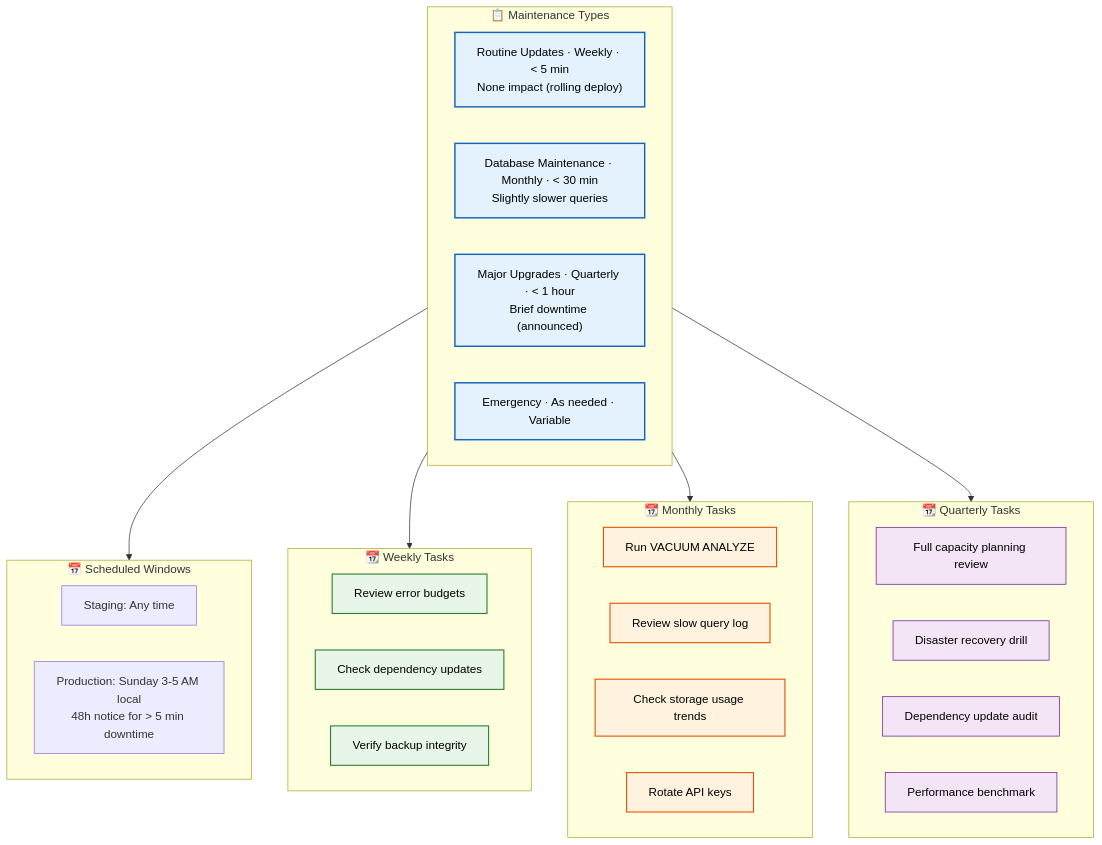
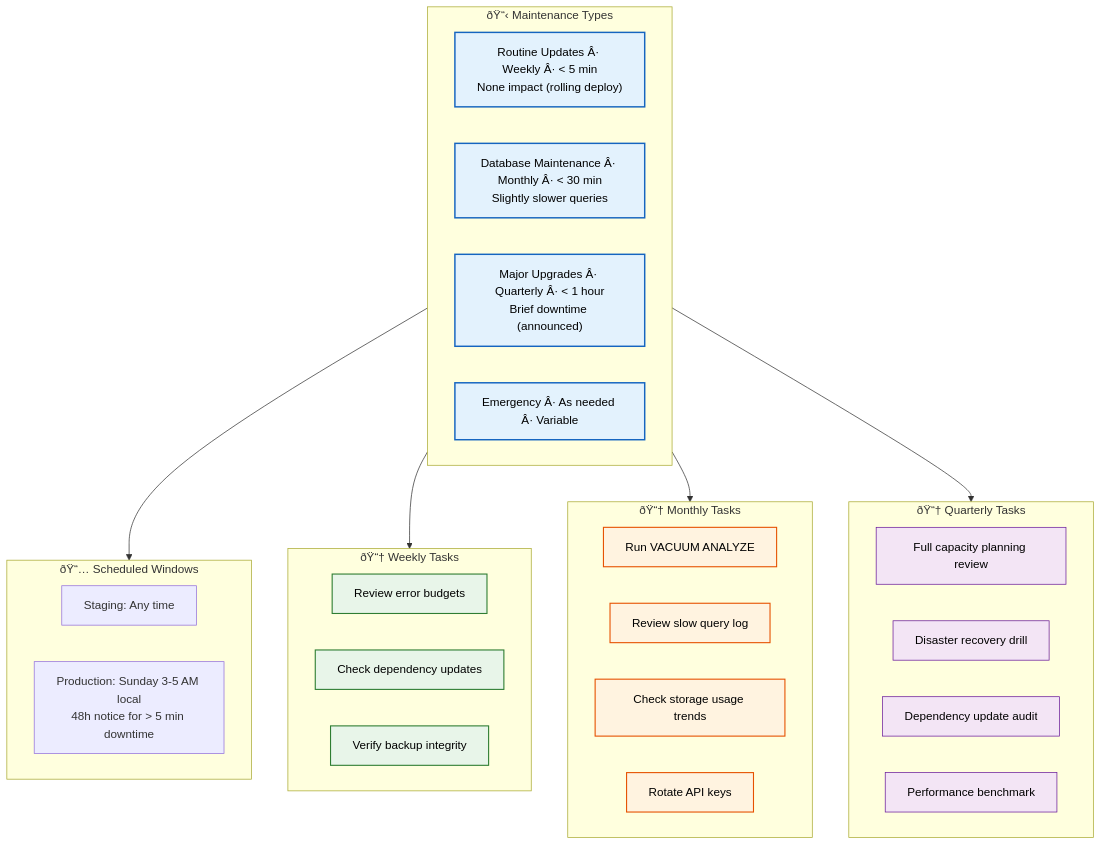
One commit to Driftloom/Vaeloom changed the diagram in Docs/Operations/Maintenance.md. Above: the diagram before and after it, drawn with Mermaid. The commit also changed other lines of this file and 249 other files, not shown here.

````diff
--- a/Docs/Operations/Maintenance.md
+++ b/Docs/Operations/Maintenance.md
@@ -8,48 +8,48 @@
 ```mermaid
 graph TD
     classDef type fill:#e3f2fd,stroke:#1565c0,color:#000,stroke-width:2px
     classDef weekly fill:#e8f5e9,stroke:#2e7d32,color:#000,stroke-width:1.5px
     classDef monthly fill:#fff3e0,stroke:#e65100,color:#000,stroke-width:1.5px
     classDef quarterly fill:#f3e5f5,stroke:#6a1b9a,color:#000,stroke-width:1px
 
-    subgraph Types["📋 Maintenance Types"]
-        T1["Routine Updates · Weekly · < 5 min<br/>None impact (rolling deploy)"]
-        T2["Database Maintenance · Monthly · < 30 min<br/>Slightly slower queries"]
-        T3["Major Upgrades · Quarterly · < 1 hour<br/>Brief downtime (announced)"]
-        T4["Emergency · As needed · Variable"]
+    subgraph Types["ðŸ“‹ Maintenance Types"]
+        T1["Routine Updates Â· Weekly Â· < 5 min<br/>None impact (rolling deploy)"]
+        T2["Database Maintenance Â· Monthly Â· < 30 min<br/>Slightly slower queries"]
+        T3["Major Upgrades Â· Quarterly Â· < 1 hour<br/>Brief downtime (announced)"]
+        T4["Emergency Â· As needed Â· Variable"]
     end
 
-    subgraph Windows["📅 Scheduled Windows"]
+    subgraph Windows["ðŸ“… Scheduled Windows"]
         W1["Staging: Any time"]
         W2["Production: Sunday 3-5 AM local<br/>48h notice for > 5 min downtime"]
     end
 
-    subgraph Weekly["📆 Weekly Tasks"]
+    subgraph Weekly["ðŸ“† Weekly Tasks"]
         WK1["Review error budgets"]
         WK2["Check dependency updates"]
         WK3["Verify backup integrity"]
     end
 
-    subgraph Monthly["📆 Monthly Tasks"]
+    subgraph Monthly["ðŸ“† Monthly Tasks"]
         MO1["Run VACUUM ANALYZE"]
         MO2["Review slow query log"]
         MO3["Check storage usage trends"]
         MO4["Rotate API keys"]
     end
 
-    subgraph Quarterly["📆 Quarterly Tasks"]
+    subgraph Quarterly["ðŸ“† Quarterly Tasks"]
         Q1["Full capacity planning review"]
         Q2["Disaster recovery drill"]
         Q3["Dependency update audit"]
         Q4["Performance benchmark"]
     end
 
     Types --> Windows
     Types --> Weekly & Monthly & Quarterly
 
     class T1,T2,T3,T4 type
     class W1,W2 windows
     class WK1,WK2,WK3 weekly
     class MO1,MO2,MO3,MO4 monthly
     class Q1,Q2,Q3,Q4 quarterly
 ```
````
